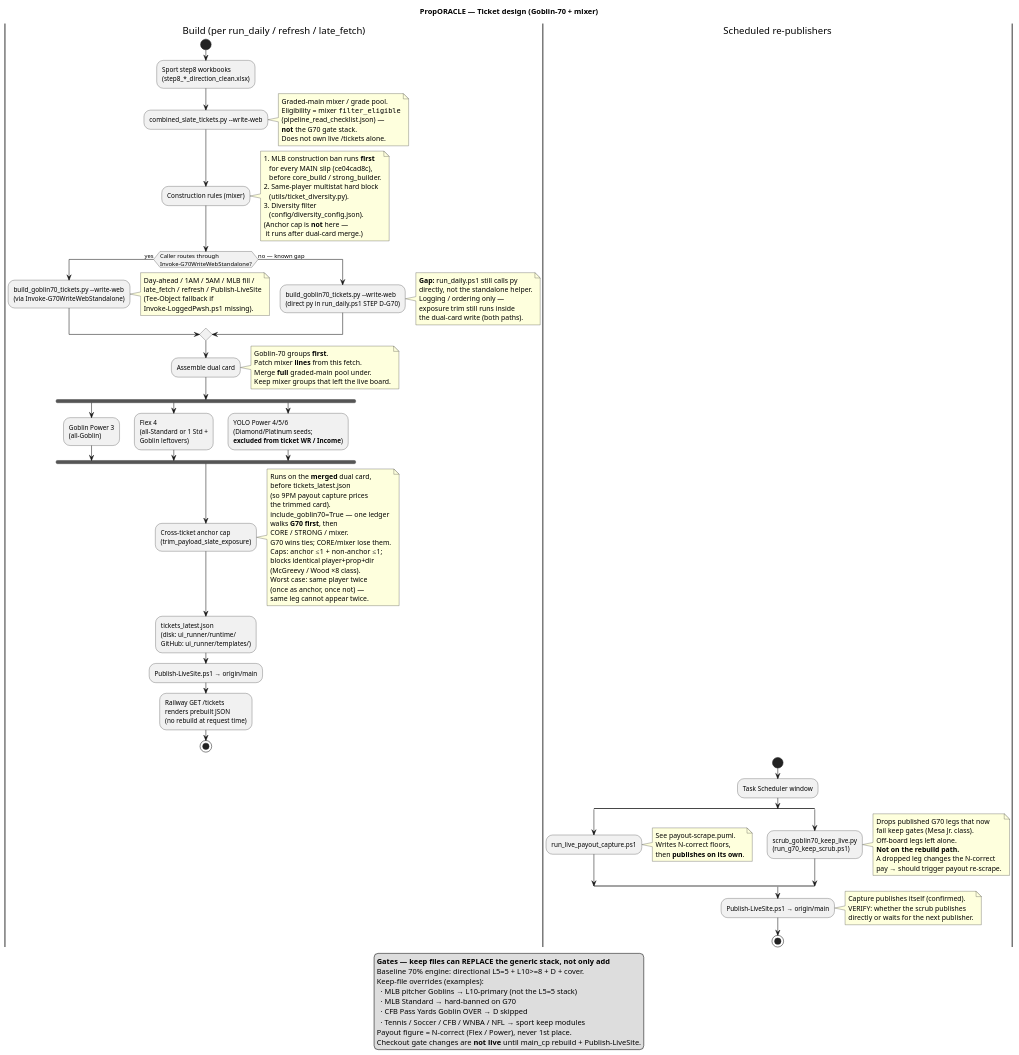
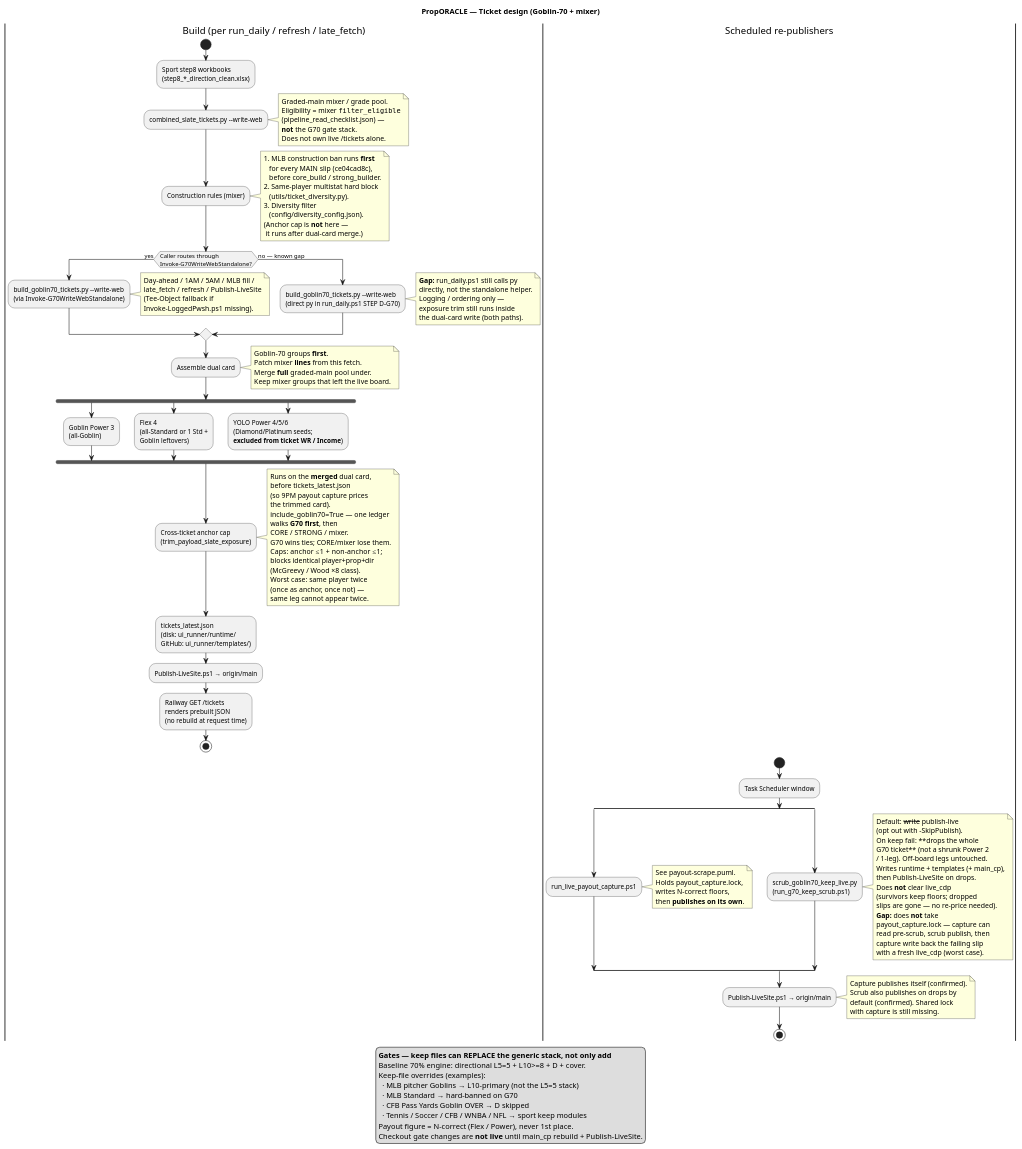
The diagram in docs/diagrams/ticket-design.puml (halekevi/PropORACLE), drawn with PlantUML before and after one commit. The commit also changed 1 other file, not shown here.

Commit message:
docs: Close scrub publish VERIFY; document capture lock race.
Scrub defaults to --publish-live and drops whole tickets (no shrink / no live_cdp clear). Marks the missing shared payout_capture.lock as the remaining live-card risk.

```diff
--- a/docs/diagrams/ticket-design.puml
+++ b/docs/diagrams/ticket-design.puml
@@ -1,133 +1,144 @@
 @startuml PropORACLE_Ticket_Design
 ' Ticket design — dual card build, construction rules, publish
 ' Scheduled re-publishers (payout capture, keep scrub) are separate flows below.
 ' Render: PlantUML extension or https://www.plantuml.com/plantuml
 
 title PropORACLE — Ticket design (Goblin-70 + mixer)
 
 |Build (per run_daily / refresh / late_fetch)|
 start
 :Sport step8 workbooks\n(step8_*_direction_clean.xlsx);
 
 :combined_slate_tickets.py --write-web;
 note right
   Graded-main mixer / grade pool.
   Eligibility = mixer ""filter_eligible""
   (pipeline_read_checklist.json) —
   **not** the G70 gate stack.
   Does not own live /tickets alone.
 end note
 
 :Construction rules (mixer);
 note right
   1. MLB construction ban runs **first**
      for every MAIN slip (ce04cad8c),
      before core_build / strong_builder.
   2. Same-player multistat hard block
      (utils/ticket_diversity.py).
   3. Diversity filter
      (config/diversity_config.json).
   (Anchor cap is **not** here —
    it runs after dual-card merge.)
 end note
 
 if (Caller routes through\nInvoke-G70WriteWebStandalone?) then (yes)
   :build_goblin70_tickets.py --write-web\n(via Invoke-G70WriteWebStandalone);
   note right
     Day-ahead / 1AM / 5AM / MLB fill /
     late_fetch / refresh / Publish-LiveSite
     (Tee-Object fallback if
     Invoke-LoggedPwsh.ps1 missing).
   end note
 else (no — known gap)
   :build_goblin70_tickets.py --write-web\n(direct py in run_daily.ps1 STEP D-G70);
   note right
     **Gap:** run_daily.ps1 still calls py
     directly, not the standalone helper.
     Logging / ordering only —
     exposure trim still runs inside
     the dual-card write (both paths).
   end note
 endif
 
 :Assemble dual card;
 note right
   Goblin-70 groups **first**.
   Patch mixer **lines** from this fetch.
   Merge **full** graded-main pool under.
   Keep mixer groups that left the live board.
 end note
 
 fork
   :Goblin Power 3\n(all-Goblin);
 fork again
   :Flex 4\n(all-Standard or 1 Std +\nGoblin leftovers);
 fork again
   :YOLO Power 4/5/6\n(Diamond/Platinum seeds;\n**excluded from ticket WR / Income**);
 end fork
 
 :Cross-ticket anchor cap\n(trim_payload_slate_exposure);
 note right
   Runs on the **merged** dual card,
   before tickets_latest.json
   (so 9PM payout capture prices
   the trimmed card).
   include_goblin70=True — one ledger
   walks **G70 first**, then
   CORE / STRONG / mixer.
   G70 wins ties; CORE/mixer lose them.
   Caps: anchor ≤1 + non-anchor ≤1;
   blocks identical player+prop+dir
   (McGreevy / Wood ×8 class).
   Worst case: same player twice
   (once as anchor, once not) —
   same leg cannot appear twice.
 end note
 
 :tickets_latest.json\n(disk: ui_runner/runtime/\nGitHub: ui_runner/templates/);
 :Publish-LiveSite.ps1 → origin/main;
 :Railway GET /tickets\nrenders prebuilt JSON\n(no rebuild at request time);
 stop
 
 |Scheduled re-publishers|
 start
 :Task Scheduler window;
 split
   :run_live_payout_capture.ps1;
   note right
     See payout-scrape.puml.
-    Writes N-correct floors,
+    Holds payout_capture.lock,
+    writes N-correct floors,
     then **publishes on its own**.
   end note
 split again
   :scrub_goblin70_keep_live.py\n(run_g70_keep_scrub.ps1);
   note right
-    Drops published G70 legs that now
-    fail keep gates (Mesa Jr. class).
-    Off-board legs left alone.
-    **Not on the rebuild path.**
-    A dropped leg changes the N-correct
-    pay → should trigger payout re-scrape.
+    Default: --write --publish-live
+    (opt out with -SkipPublish).
+    On keep fail: **drops the whole
+    G70 ticket** (not a shrunk Power 2
+    / 1-leg). Off-board legs untouched.
+    Writes runtime + templates (+ main_cp),
+    then Publish-LiveSite on drops.
+    Does **not** clear live_cdp
+    (survivors keep floors; dropped
+    slips are gone — no re-price needed).
+    **Gap:** does **not** take
+    payout_capture.lock — capture can
+    read pre-scrub, scrub publish, then
+    capture write back the failing slip
+    with a fresh live_cdp (worst case).
   end note
 end split
 :Publish-LiveSite.ps1 → origin/main;
 note right
   Capture publishes itself (confirmed).
-  VERIFY: whether the scrub publishes
-  directly or waits for the next publisher.
+  Scrub also publishes on drops by
+  default (confirmed). Shared lock
+  with capture is still missing.
 end note
 stop
 
 legend bottom
   **Gates — keep files can REPLACE the generic stack, not only add**
   Baseline 70% engine: directional L5=5 + L10>=8 + D + cover.
   Keep-file overrides (examples):
     · MLB pitcher Goblins → L10-primary (not the L5=5 stack)
     · MLB Standard → hard-banned on G70
     · CFB Pass Yards Goblin OVER → D skipped
     · Tennis / Soccer / CFB / WNBA / NFL → sport keep modules
   Payout figure = N-correct (Flex / Power), never 1st place.
   Checkout gate changes are **not live** until main_cp rebuild + Publish-LiveSite.
 endlegend
 
 @enduml
```
